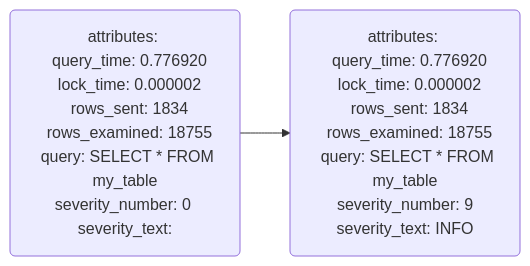
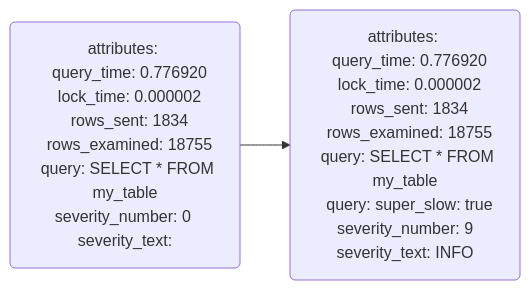
The diagram in code/mysql-slow-classifying.mmd (evan-bradley/ottl-cookbook), drawn with Mermaid before and after one commit. The commit also changed 16 other files, not shown here.

Commit message:
Break out diagrams

```diff
--- a/code/mysql-slow-classifying.mmd
+++ b/code/mysql-slow-classifying.mmd
@@ -1,20 +1,21 @@
 flowchart LR
     log0(attributes: 
 &nbsp;&nbsp;query_time: 0.776920
 &nbsp;&nbsp;lock_time: 0.000002
 &nbsp;&nbsp;rows_sent: 1834
 &nbsp;&nbsp;rows_examined: 18755
 &nbsp;&nbsp;query: SELECT * FROM my_table
 severity_number: 0 
 severity_text:
     )
     log1(attributes: 
 &nbsp;&nbsp;query_time: 0.776920
 &nbsp;&nbsp;lock_time: 0.000002
 &nbsp;&nbsp;rows_sent: 1834
 &nbsp;&nbsp;rows_examined: 18755
 &nbsp;&nbsp;query: SELECT * FROM my_table
+&nbsp;&nbsp;query: super_slow: true
 severity_number: 9
 severity_text: INFO
     )
     log0 --> log1
```
